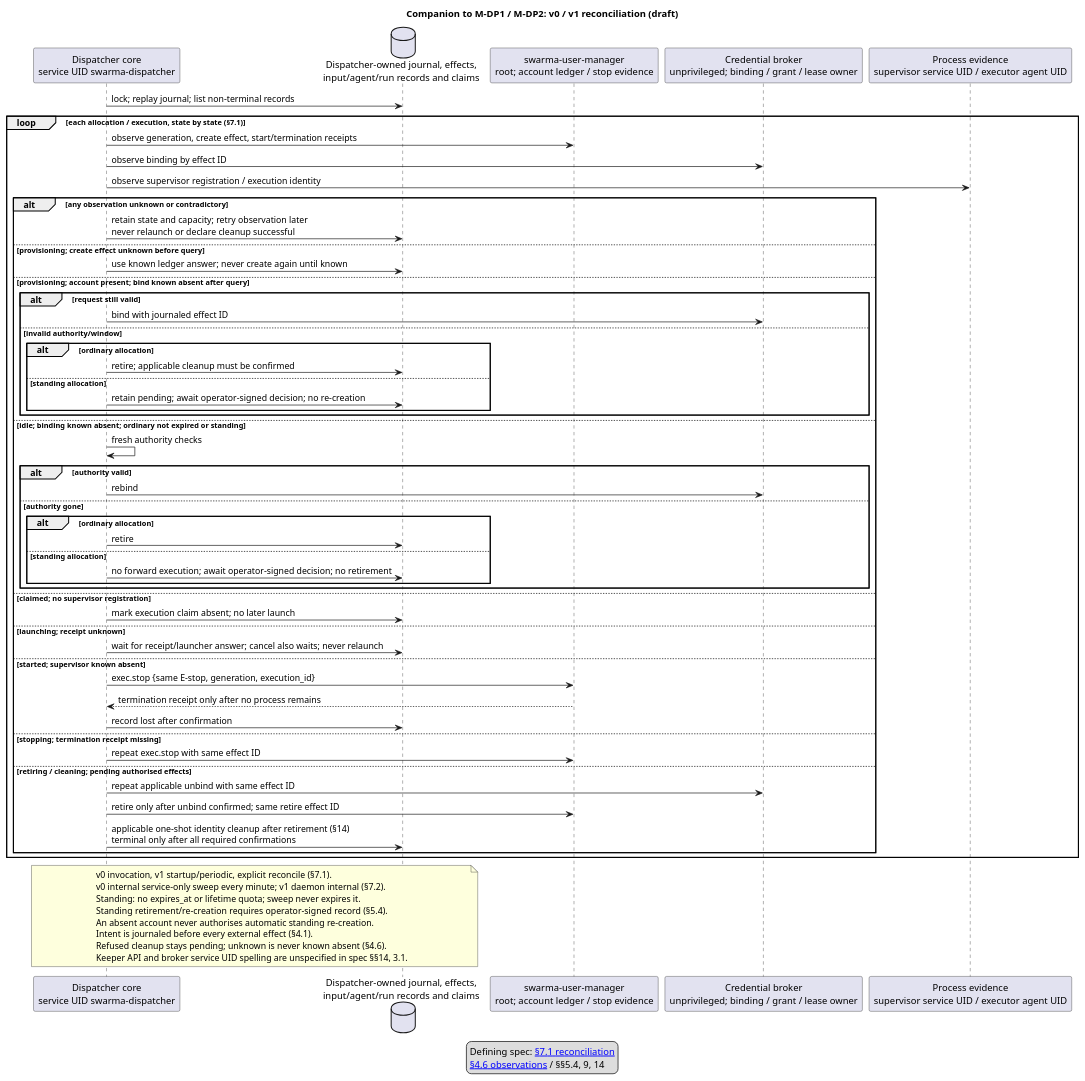
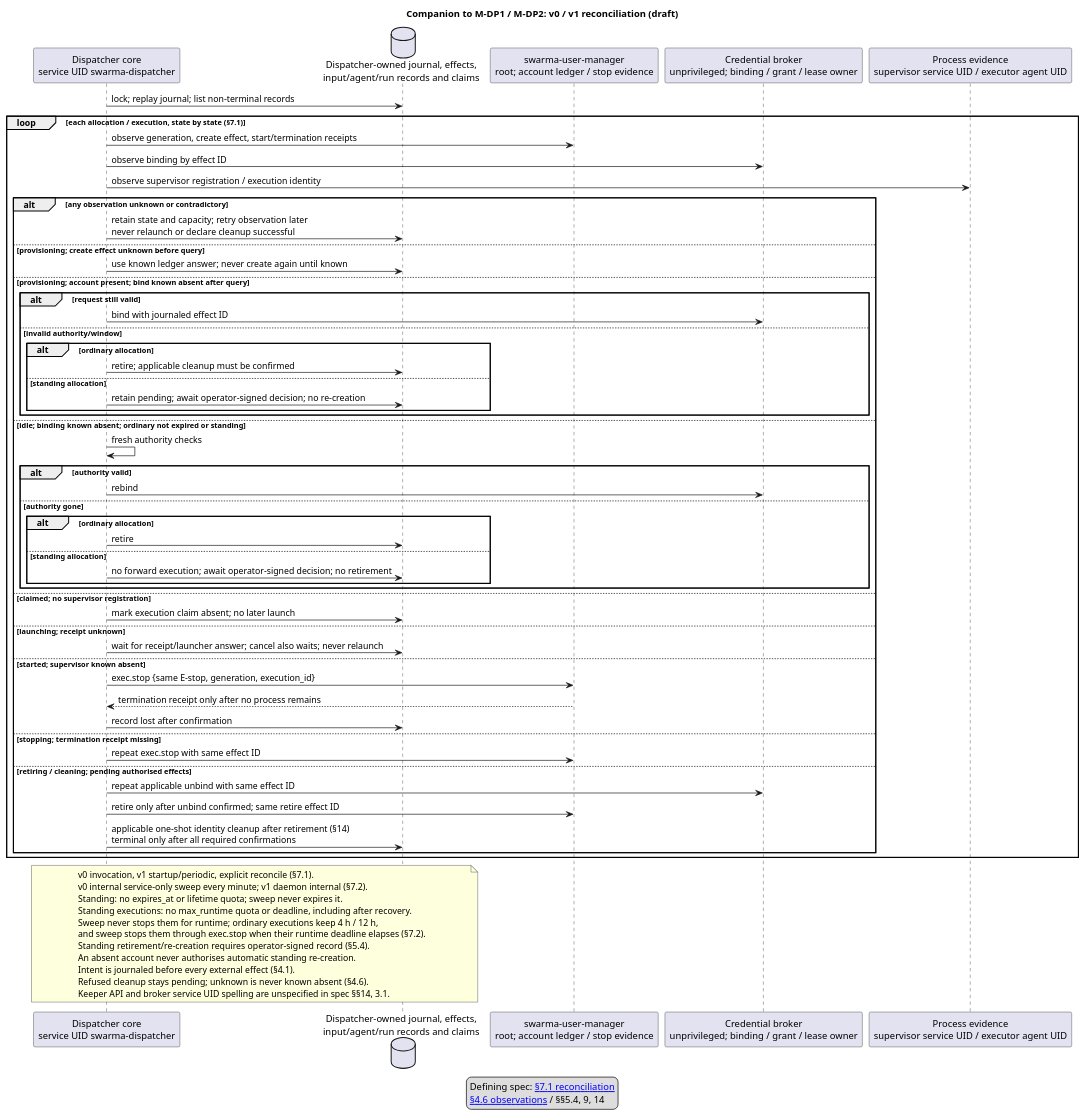
One commit to relux-works/curator-dispatcher changed the diagram in diagrams/reconcile.puml. Above: the diagram before and after it, drawn with PlantUML. The commit also changed 9 other files, not shown here.

First line of the commit message:
Standing executions have no preset runtime limit (owner 2026-10-12) (TASK-261012-go3trg)

```diff
--- a/diagrams/reconcile.puml
+++ b/diagrams/reconcile.puml
@@ -1,68 +1,71 @@
 @startuml reconcile
 title Companion to M-DP1 / M-DP2: v0 / v1 reconciliation (draft)
 participant "Dispatcher core\nservice UID swarma-dispatcher" as D
 database "Dispatcher-owned journal, effects,\ninput/agent/run records and claims" as J
 participant "swarma-user-manager\nroot; account ledger / stop evidence" as H
 participant "Credential broker\nunprivileged; binding / grant / lease owner" as B
 participant "Process evidence\nsupervisor service UID / executor agent UID" as P
 D -> J : lock; replay journal; list non-terminal records
 loop each allocation / execution, state by state (§7.1)
   D -> H : observe generation, create effect, start/termination receipts
   D -> B : observe binding by effect ID
   D -> P : observe supervisor registration / execution identity
   alt any observation unknown or contradictory
     D -> J : retain state and capacity; retry observation later\nnever relaunch or declare cleanup successful
   else provisioning; create effect unknown before query
     D -> J : use known ledger answer; never create again until known
   else provisioning; account present; bind known absent after query
     alt request still valid
       D -> B : bind with journaled effect ID
     else invalid authority/window
       alt ordinary allocation
         D -> J : retire; applicable cleanup must be confirmed
       else standing allocation
         D -> J : retain pending; await operator-signed decision; no re-creation
       end
     end
   else idle; binding known absent; ordinary not expired or standing
     D -> D : fresh authority checks
     alt authority valid
       D -> B : rebind
     else authority gone
       alt ordinary allocation
         D -> J : retire
       else standing allocation
         D -> J : no forward execution; await operator-signed decision; no retirement
       end
     end
   else claimed; no supervisor registration
     D -> J : mark execution claim absent; no later launch
   else launching; receipt unknown
     D -> J : wait for receipt/launcher answer; cancel also waits; never relaunch
   else started; supervisor known absent
     D -> H : exec.stop {same E-stop, generation, execution_id}
     H --> D : termination receipt only after no process remains
     D -> J : record lost after confirmation
   else stopping; termination receipt missing
     D -> H : repeat exec.stop with same effect ID
   else retiring / cleaning; pending authorised effects
     D -> B : repeat applicable unbind with same effect ID
     D -> H : retire only after unbind confirmed; same retire effect ID
     D -> J : applicable one-shot identity cleanup after retirement (§14)\nterminal only after all required confirmations
   end
 end
 note over D,J
   v0 invocation, v1 startup/periodic, explicit reconcile (§7.1).
   v0 internal service-only sweep every minute; v1 daemon internal (§7.2).
   Standing: no expires_at or lifetime quota; sweep never expires it.
+  Standing executions: no max_runtime quota or deadline, including after recovery.
+  Sweep never stops them for runtime; ordinary executions keep 4 h / 12 h,
+  and sweep stops them through exec.stop when their runtime deadline elapses (§7.2).
   Standing retirement/re-creation requires operator-signed record (§5.4).
   An absent account never authorises automatic standing re-creation.
   Intent is journaled before every external effect (§4.1).
   Refused cleanup stays pending; unknown is never known absent (§4.6).
   Keeper API and broker service UID spelling are unspecified in spec §§14, 3.1.
 end note
 legend
   Defining spec: [[https://github.com/relux-works/swarma-dispatcher/blob/main/spec/dispatcher.md#71-reconciliation §7.1 reconciliation]]
   [[https://github.com/relux-works/swarma-dispatcher/blob/main/spec/dispatcher.md#46-observations §4.6 observations]] / §§5.4, 9, 14
 endlegend
 @enduml
```
